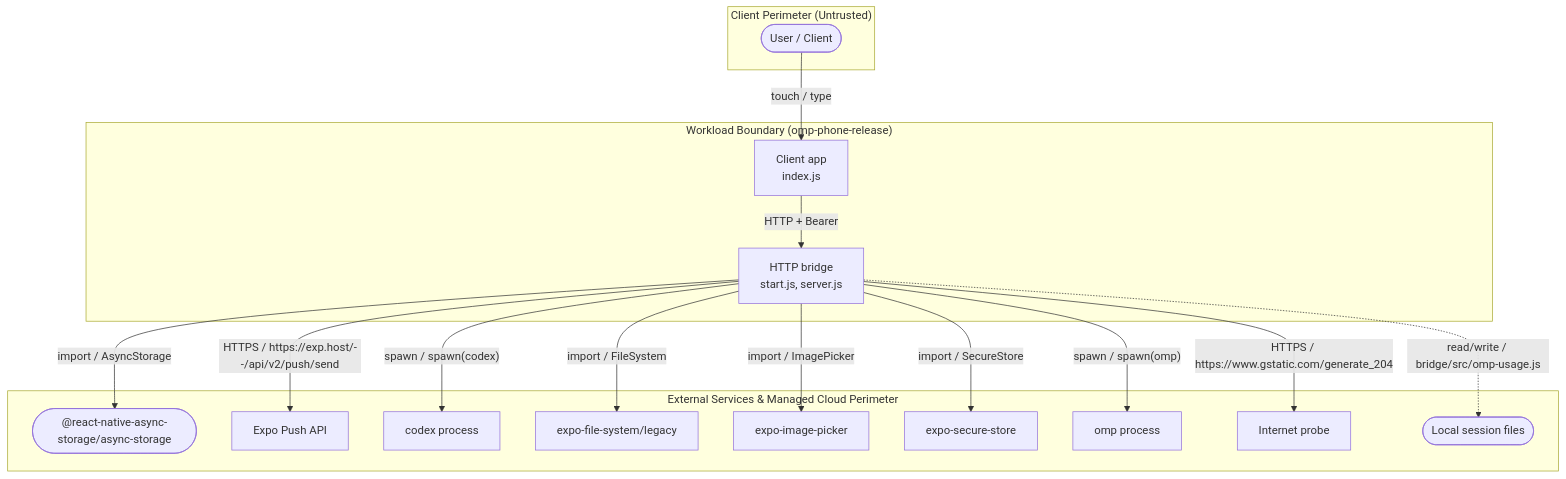
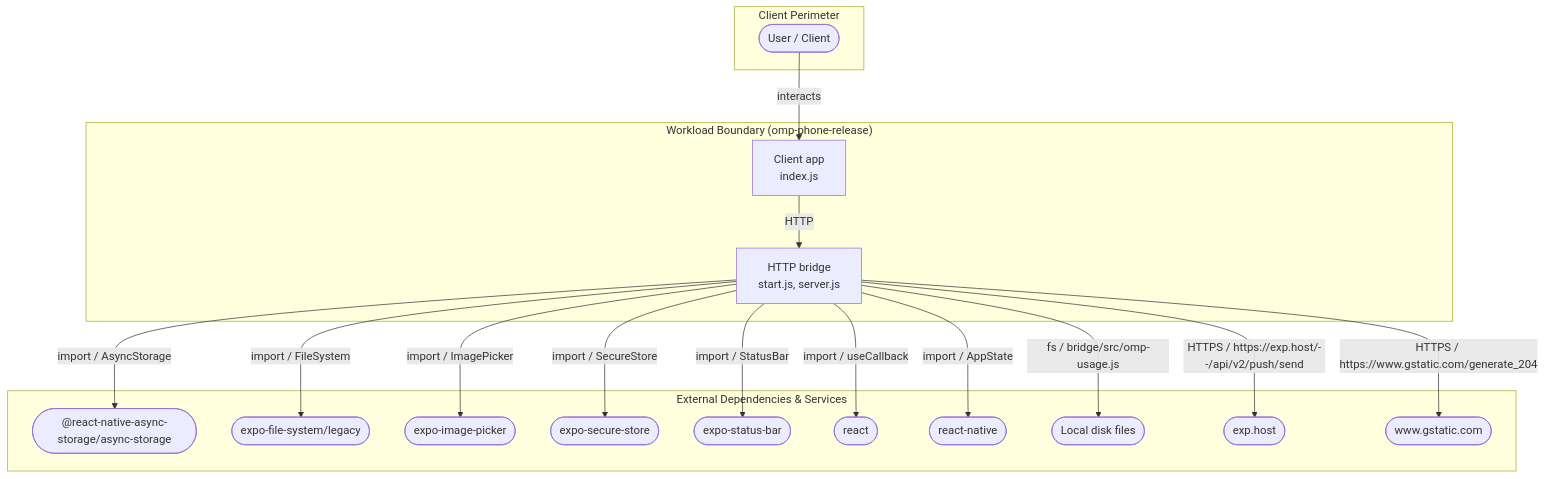
Before and after one commit to Dodhon/arch-map: the first of 4 diagrams in examples/omp-phone-architecture.md, drawn with Mermaid. The commit also changed other lines of this file and 3 other files, not shown here.

Commit message:
refactor: pure AST-driven component & data-flow extraction with zero hardcoded heuristics

````diff
--- a/examples/omp-phone-architecture.md
+++ b/examples/omp-phone-architecture.md
@@ -18,32 +18,34 @@
 ```mermaid
 flowchart TB
-    subgraph ClientZone["Client Perimeter (Untrusted)"]
+    subgraph ClientZone["Client Perimeter"]
         User(["User / Client"])
     end
     subgraph AppBoundary["Workload Boundary (omp-phone-release)"]
         RT_bridge["HTTP bridge\nstart.js, server.js"]
         RT_client["Client app\nindex.js"]
     end
-    subgraph CloudPerimeter["External Services & Managed Cloud Perimeter"]
+    subgraph CloudPerimeter["External Dependencies & Services"]
         X_react_native_async_storage_async_storage(["@react-native-async-storage/async-storage"])
-        X_Expo_Push_API["Expo Push API"]
-        X_codex_process["codex process"]
-        X_expo_file_system_legacy["expo-file-system/legacy"]
-        X_expo_image_picker["expo-image-picker"]
-        X_expo_secure_store["expo-secure-store"]
-        X_omp_process["omp process"]
-        X_Internet_probe["Internet probe"]
-        X_Local_session_files(["Local session files"])
+        X_expo_file_system_legacy(["expo-file-system/legacy"])
+        X_expo_image_picker(["expo-image-picker"])
+        X_expo_secure_store(["expo-secure-store"])
+        X_expo_status_bar(["expo-status-bar"])
+        X_react(["react"])
+        X_react_native(["react-native"])
+        X_Local_disk_files(["Local disk files"])
+        X_exp_host(["exp.host"])
+        X_www_gstatic_com(["www.gstatic.com"])
     end
-    User -->|touch / type| RT_client
-    RT_client -->|HTTP + Bearer| RT_bridge
+    User -->|interacts| RT_client
+    RT_client -->|HTTP| RT_bridge
     RT_bridge -->|"import / AsyncStorage"| X_react_native_async_storage_async_storage
-    RT_bridge -->|"HTTPS / https://exp.host/--/api/v2/push/send"| X_Expo_Push_API
-    RT_bridge -->|"spawn / spawn(codex)"| X_codex_process
     RT_bridge -->|"import / FileSystem"| X_expo_file_system_legacy
     RT_bridge -->|"import / ImagePicker"| X_expo_image_picker
     RT_bridge -->|"import / SecureStore"| X_expo_secure_store
-    RT_bridge -->|"spawn / spawn(omp)"| X_omp_process
-    RT_bridge -->|"HTTPS / https://www.gstatic.com/generate_204"| X_Internet_probe
-    RT_bridge -.->|"read/write / bridge/src/omp-usage.js"| X_Local_session_files
+    RT_bridge -->|"import / StatusBar"| X_expo_status_bar
+    RT_bridge -->|"import / useCallback"| X_react
+    RT_bridge -->|"import / AppState"| X_react_native
+    RT_bridge -->|"fs / bridge/src/omp-usage.js"| X_Local_disk_files
+    RT_bridge -->|"HTTPS / https://exp.host/--/api/v2/push/send"| X_exp_host
+    RT_bridge -->|"HTTPS / https://www.gstatic.com/generate_204"| X_www_gstatic_com
 ```
````
